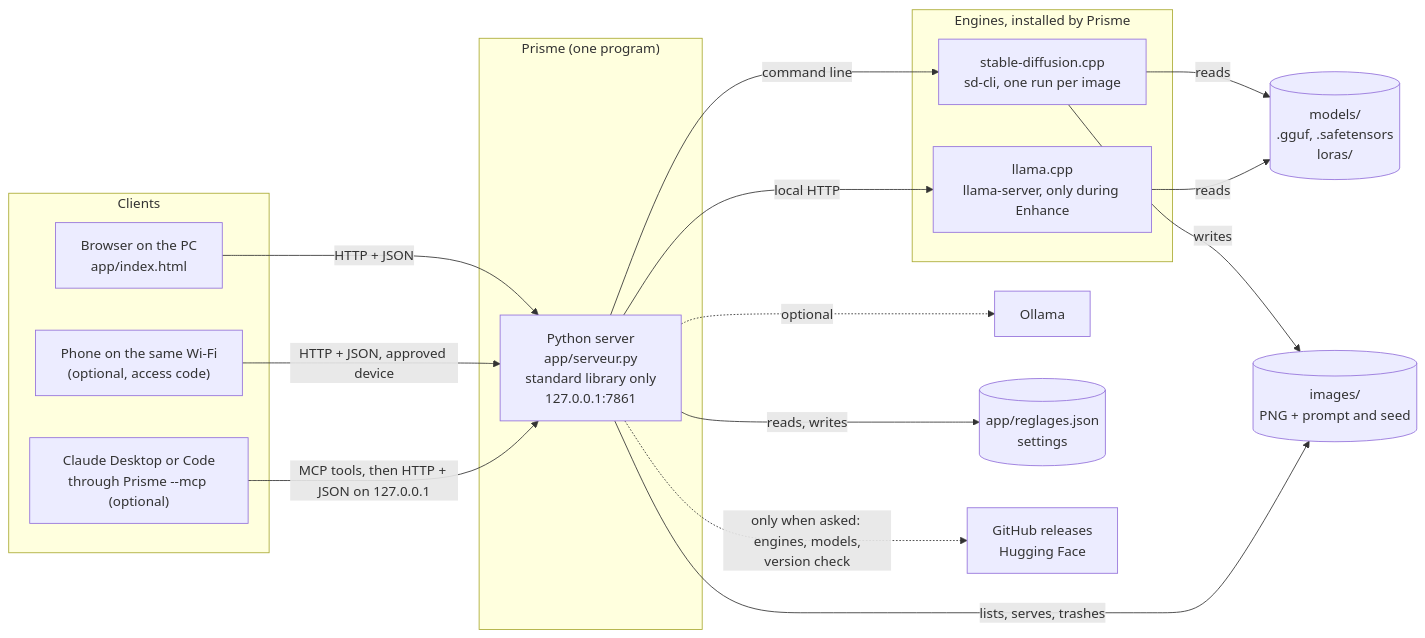
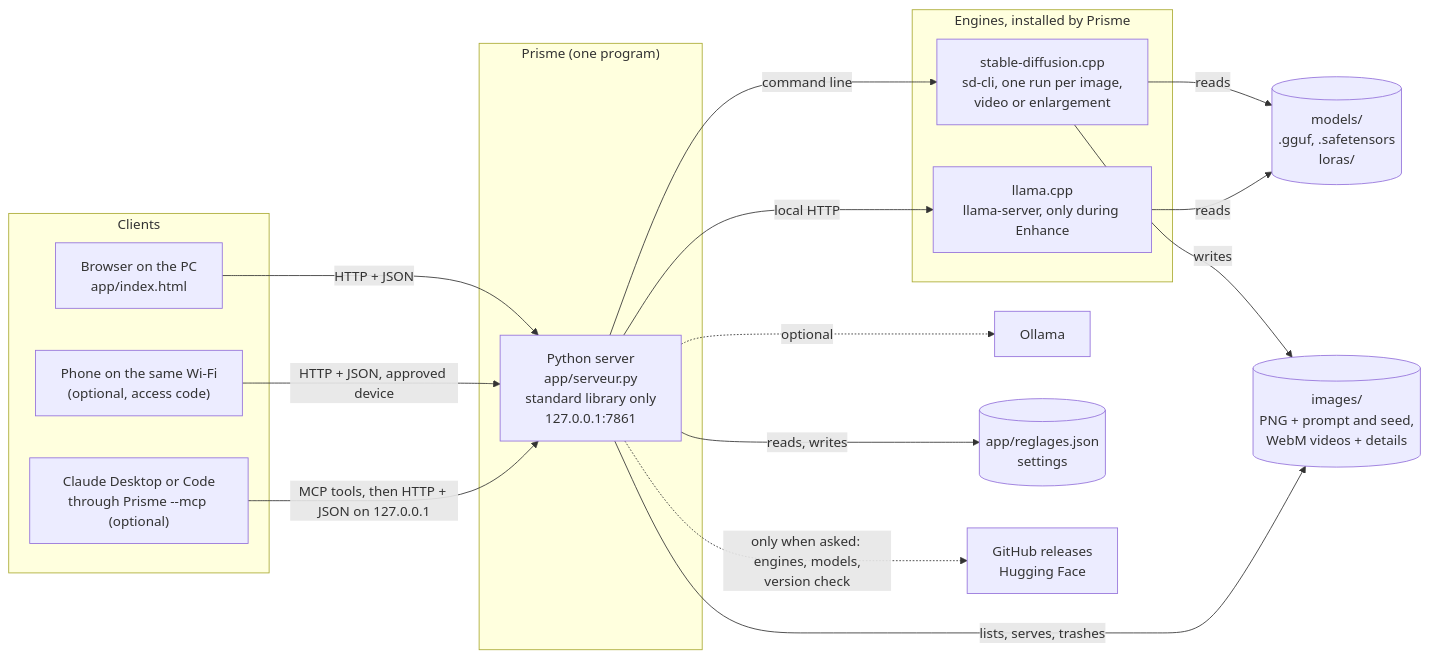
One commit to d3Ita/prisme changed the diagram in docs/architecture.md. Above: the diagram before and after it, drawn with Mermaid. The commit also changed other lines of this file and 5 other files, not shown here.

````diff
--- a/docs/architecture.md
+++ b/docs/architecture.md
@@ -9,35 +9,35 @@
 ```mermaid
 flowchart LR
     subgraph Clients
         PC["Browser on the PC<br/>app/index.html"]
         TEL["Phone on the same Wi-Fi<br/>(optional, access code)"]
         CLA["Claude Desktop or Code<br/>through Prisme --mcp (optional)"]
     end
 
     subgraph Prisme["Prisme (one program)"]
         SRV["Python server<br/>app/serveur.py<br/>standard library only<br/>127.0.0.1:7861"]
     end
 
     subgraph Moteurs["Engines, installed by Prisme"]
-        SD["stable-diffusion.cpp<br/>sd-cli, one run per image"]
+        SD["stable-diffusion.cpp<br/>sd-cli, one run per image,<br/>video or enlargement"]
         LL["llama.cpp<br/>llama-server, only during Enhance"]
     end
 
     PC -- "HTTP + JSON" --> SRV
     TEL -- "HTTP + JSON, approved device" --> SRV
     CLA -- "MCP tools, then HTTP + JSON on 127.0.0.1" --> SRV
     SRV -- "command line" --> SD
     SRV -- "local HTTP" --> LL
     SRV -. "optional" .-> OLL["Ollama"]
 
     MOD[("models/<br/>.gguf, .safetensors<br/>loras/")]
-    IMG[("images/<br/>PNG + prompt and seed")]
+    IMG[("images/<br/>PNG + prompt and seed,<br/>WebM videos + details")]
     REG[("app/reglages.json<br/>settings")]
 
     SD -- "reads" --> MOD
     LL -- "reads" --> MOD
     SD -- "writes" --> IMG
     SRV -- "lists, serves, trashes" --> IMG
     SRV -- "reads, writes" --> REG
     SRV -. "only when asked: engines, models,<br/>version check" .-> NET["GitHub releases<br/>Hugging Face"]
 ```
````
